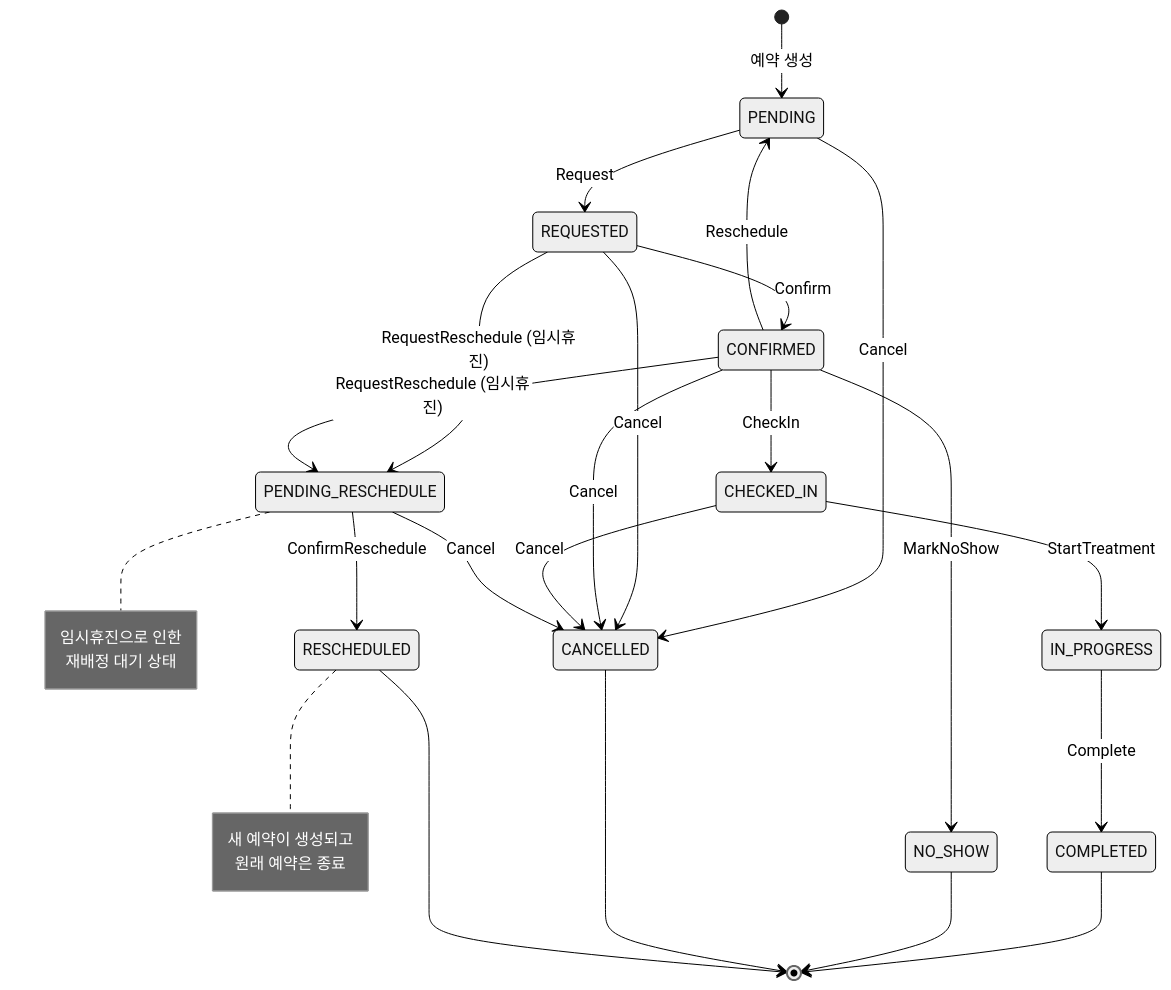
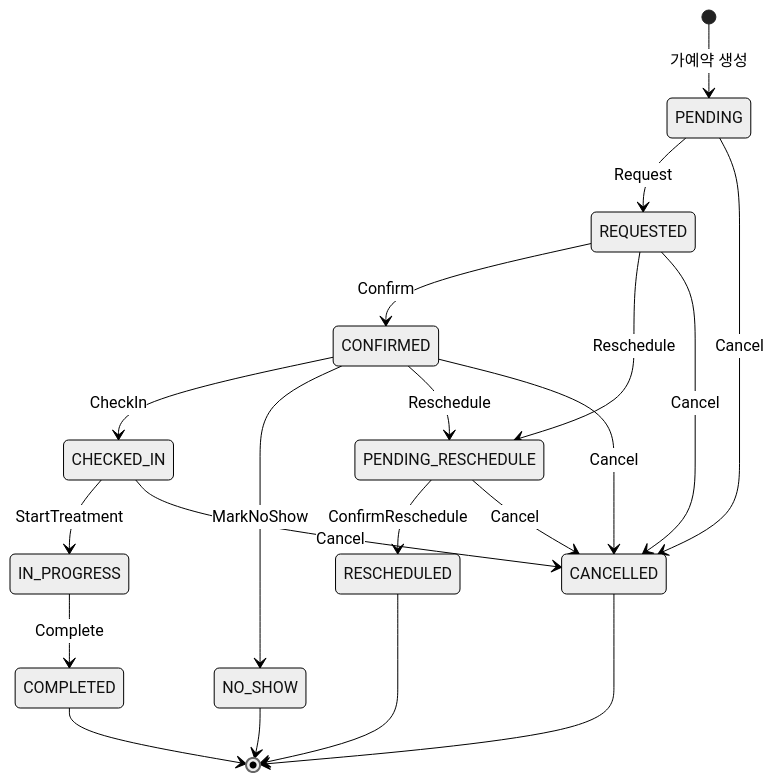
One commit to bluetape4k/bluetape4k-experimental changed the first of 4 diagrams in scheduling/README.md. Above: the diagram before and after it, drawn with Mermaid (neutral theme). The commit also changed other lines of this file and 87 other files, not shown here.

````diff
--- a/scheduling/README.md
+++ b/scheduling/README.md
@@ -370,40 +36,29 @@
 ```mermaid
 stateDiagram-v2
-    [*] --> PENDING : 예약 생성
+    [*] --> PENDING : 가예약 생성
 
     PENDING --> REQUESTED : Request
     PENDING --> CANCELLED : Cancel
 
     REQUESTED --> CONFIRMED : Confirm
-    REQUESTED --> PENDING_RESCHEDULE : RequestReschedule (임시휴진)
+    REQUESTED --> PENDING_RESCHEDULE : Reschedule
     REQUESTED --> CANCELLED : Cancel
 
     CONFIRMED --> CHECKED_IN : CheckIn
     CONFIRMED --> NO_SHOW : MarkNoShow
-    CONFIRMED --> PENDING : Reschedule
-    CONFIRMED --> PENDING_RESCHEDULE : RequestReschedule (임시휴진)
+    CONFIRMED --> PENDING_RESCHEDULE : Reschedule
     CONFIRMED --> CANCELLED : Cancel
 
     CHECKED_IN --> IN_PROGRESS : StartTreatment
     CHECKED_IN --> CANCELLED : Cancel
 
     IN_PROGRESS --> COMPLETED : Complete
 
     PENDING_RESCHEDULE --> RESCHEDULED : ConfirmReschedule
     PENDING_RESCHEDULE --> CANCELLED : Cancel
 
     COMPLETED --> [*]
+    CANCELLED --> [*]
     NO_SHOW --> [*]
-    CANCELLED --> [*]
     RESCHEDULED --> [*]
-
-    note right of PENDING_RESCHEDULE
-        임시휴진으로 인한
-        재배정 대기 상태
-    end note
-
-    note right of RESCHEDULED
-        새 예약이 생성되고
-        원래 예약은 종료
-    end note
 ```
````
